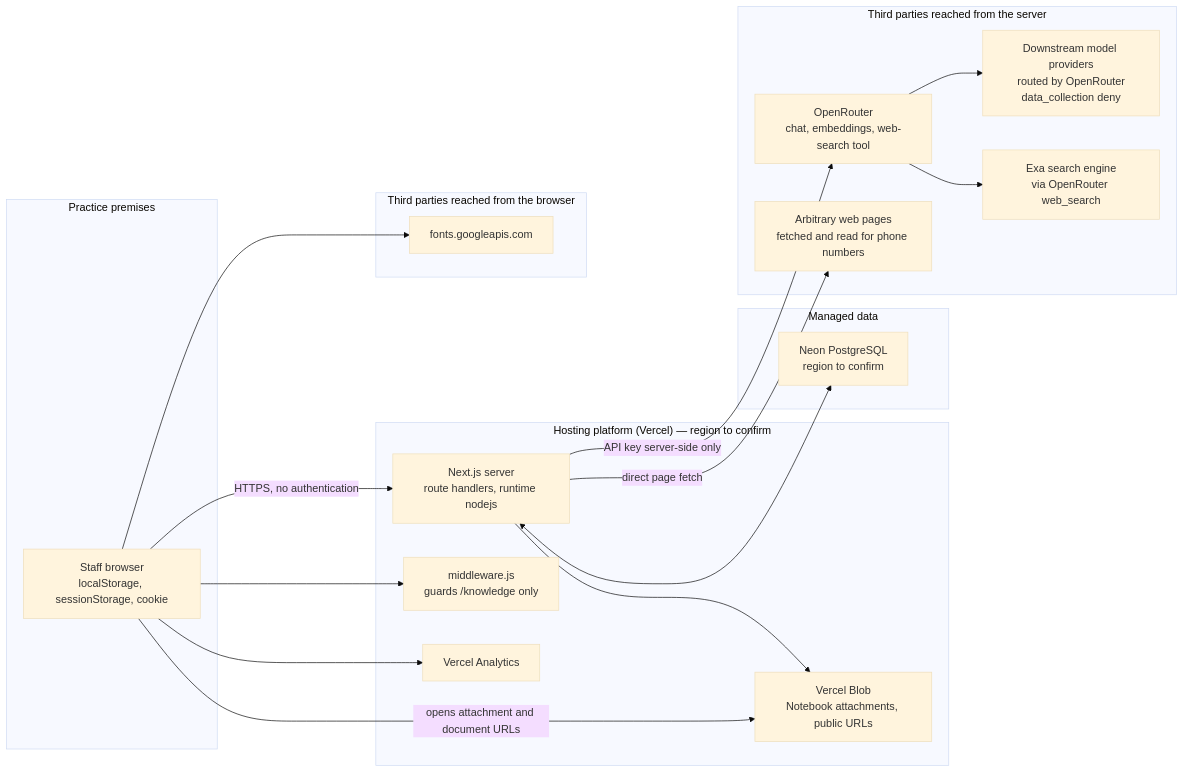
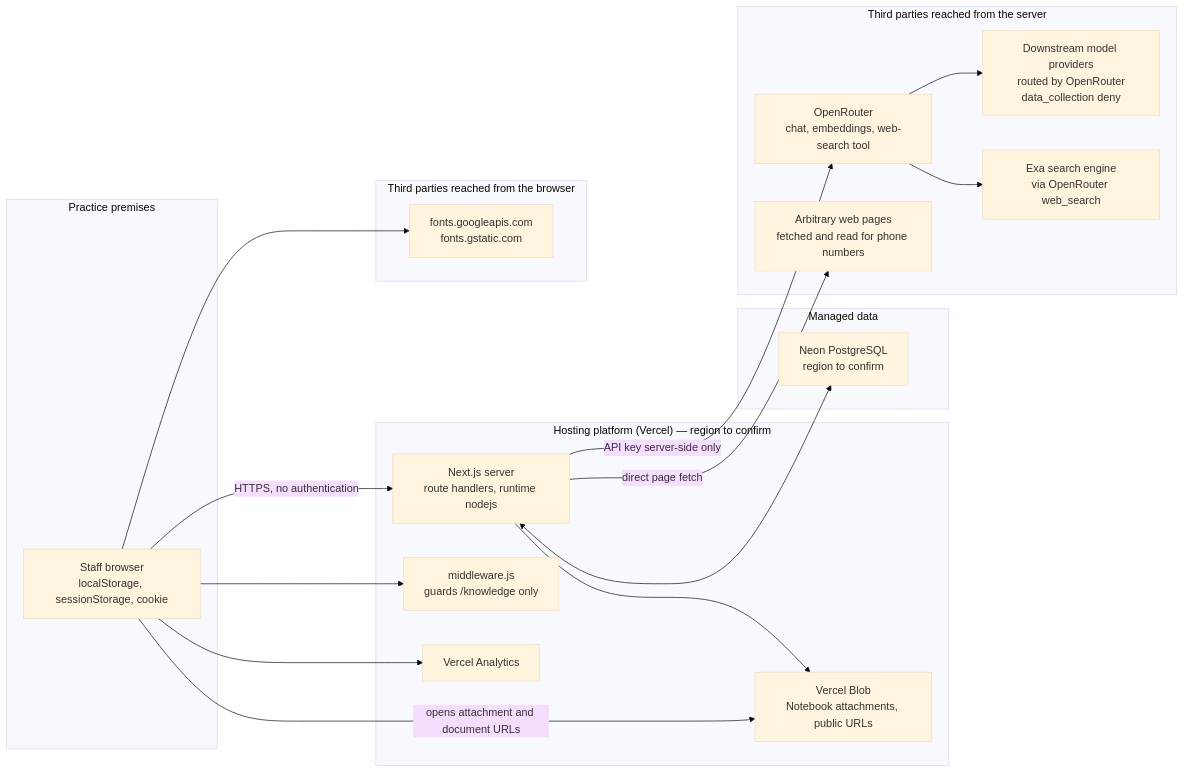
One commit to F12-Syntex/Riverside-Helpdesk changed the first of 2 diagrams in ARCHITECTURE.md. Above: the diagram before and after it, drawn with Mermaid (base theme). The commit also changed other lines of this file and 1 other file, not shown here.

First line of the commit message:
docs: bring the architecture document up to the current code

````diff
--- a/ARCHITECTURE.md
+++ b/ARCHITECTURE.md
@@ -99,40 +110,40 @@
 ```mermaid
 flowchart LR
   subgraph Practice["Practice premises"]
     B["Staff browser<br/>localStorage, sessionStorage, cookie"]
   end
 
   subgraph Host["Hosting platform (Vercel) — region to confirm"]
     N["Next.js server<br/>route handlers, runtime nodejs"]
     MW["middleware.js<br/>guards /knowledge only"]
     BLOB["Vercel Blob<br/>Notebook attachments, public URLs"]
     VA["Vercel Analytics"]
   end
 
   subgraph Data["Managed data"]
     PG["Neon PostgreSQL<br/>region to confirm"]
   end
 
   subgraph Third["Third parties reached from the server"]
     OR["OpenRouter<br/>chat, embeddings, web-search tool"]
     LLM["Downstream model providers<br/>routed by OpenRouter<br/>data_collection deny"]
     EXA["Exa search engine<br/>via OpenRouter web_search"]
     WEB["Arbitrary web pages<br/>fetched and read for phone numbers"]
   end
 
   subgraph Browser3P["Third parties reached from the browser"]
-    GF["fonts.googleapis.com"]
+    GF["fonts.googleapis.com<br/>fonts.gstatic.com"]
   end
 
   B -->|HTTPS, no authentication| N
   B --> MW
   B --> VA
   B --> GF
   B -->|opens attachment and document URLs| BLOB
   N <--> PG
   N --> BLOB
   N -->|API key server-side only| OR
   OR --> LLM
   OR --> EXA
   N -->|direct page fetch| WEB
 ```
````
